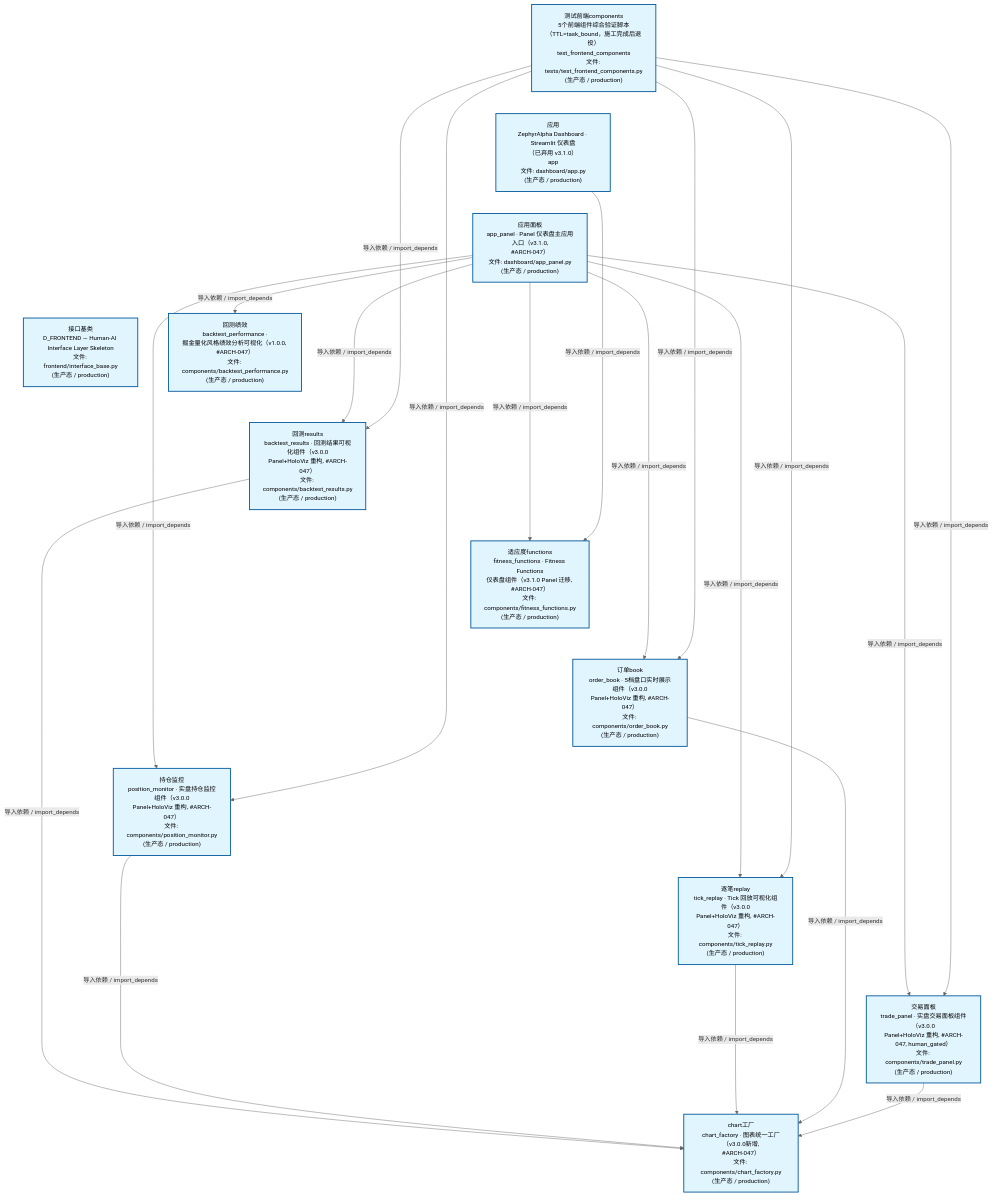
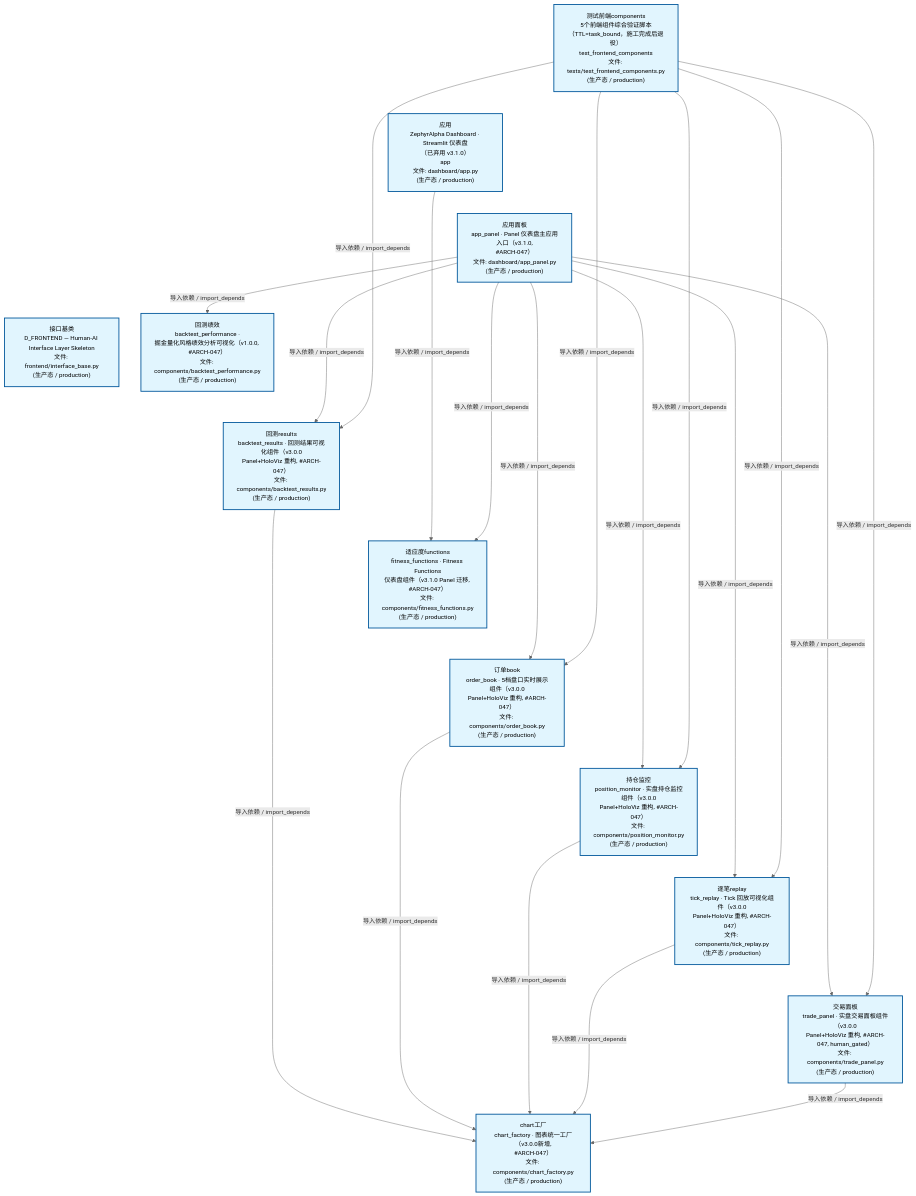
Before and after one commit to xuanFelixVan/ZephyrAlpha: the second of 4 diagrams in docs/02_enterprise_architecture/02_domain_architecture_docs/47_d_frontend.md, drawn with Mermaid. The commit also changed other lines of this file and 45 other files, not shown here.

````diff
--- a/docs/02_enterprise_architecture/02_domain_architecture_docs/47_d_frontend.md
+++ b/docs/02_enterprise_architecture/02_domain_architecture_docs/47_d_frontend.md
@@ -124,48 +124,48 @@
 ```mermaid
 %%{init: {'theme': 'base', 'themeVariables': {'primaryColor': '#eaeaea', 'primaryTextColor': '#333333', 'primaryBorderColor': '#666666', 'lineColor': '#666666', 'secondaryColor': '#eaeaea', 'tertiaryColor': '#eaeaea', 'fontSize': '14px'}}}%%
 flowchart TD
     scripts_tests_test_frontend_components_py["测试前端components<br/>5个前端组件综合验证脚本<br/>（TTL=task_bound，施工完成后退役）<br/>test_frontend_components<br/>文件: tests/test_frontend_components.py<br/>(生产态 / production)"]
     src_zephyr_frontend_dashboard_app_py["应用<br/>ZephyrAlpha Dashboard · Streamlit 仪表盘<br/>（已弃用 v3.1.0）<br/>app<br/>文件: dashboard/app.py<br/>(生产态 / production)"]
     src_zephyr_frontend_dashboard_app_panel_py["应用面板<br/>app_panel · Panel 仪表盘主应用入口（v3.1.0,<br/>#ARCH-047）<br/>文件: dashboard/app_panel.py<br/>(生产态 / production)"]
     src_zephyr_frontend_interface_base_py["接口基类<br/>D_FRONTEND — Human-AI Interface Layer Skeleton<br/>文件: frontend/interface_base.py<br/>(生产态 / production)"]
     scripts_tests_test_frontend_components_py ~~~ src_zephyr_frontend_dashboard_app_py
     src_zephyr_frontend_dashboard_app_py ~~~ src_zephyr_frontend_dashboard_app_panel_py
     src_zephyr_frontend_dashboard_app_panel_py ~~~ src_zephyr_frontend_interface_base_py
     src_zephyr_frontend_dashboard_components_backtest_performance_py["回测绩效<br/>backtest_performance ·<br/>掘金量化风格绩效分析可视化（v1.0.0, #ARCH-047）<br/>文件: components/backtest_performance.py<br/>(生产态 / production)"]
     src_zephyr_frontend_dashboard_components_backtest_results_py["回测results<br/>backtest_results · 回测结果可视化组件（v3.0.0<br/>Panel+HoloViz 重构, #ARCH-047）<br/>文件: components/backtest_results.py<br/>(生产态 / production)"]
     src_zephyr_frontend_dashboard_components_fitness_functions_py["适应度functions<br/>fitness_functions · Fitness Functions<br/>仪表盘组件（v3.1.0 Panel 迁移, #ARCH-047）<br/>文件: components/fitness_functions.py<br/>(生产态 / production)"]
     src_zephyr_frontend_dashboard_components_order_book_py["订单book<br/>order_book · 5档盘口实时展示组件（v3.0.0<br/>Panel+HoloViz 重构, #ARCH-047）<br/>文件: components/order_book.py<br/>(生产态 / production)"]
     src_zephyr_frontend_dashboard_components_position_monitor_py["持仓监控<br/>position_monitor · 实盘持仓监控组件（v3.0.0<br/>Panel+HoloViz 重构, #ARCH-047）<br/>文件: components/position_monitor.py<br/>(生产态 / production)"]
     src_zephyr_frontend_dashboard_components_tick_replay_py["逐笔replay<br/>tick_replay · Tick 回放可视化组件（v3.0.0<br/>Panel+HoloViz 重构, #ARCH-047）<br/>文件: components/tick_replay.py<br/>(生产态 / production)"]
     src_zephyr_frontend_dashboard_components_trade_panel_py["交易面板<br/>trade_panel · 实盘交易面板组件（v3.0.0<br/>Panel+HoloViz 重构, #ARCH-047, human_gated）<br/>文件: components/trade_panel.py<br/>(生产态 / production)"]
     src_zephyr_frontend_dashboard_components_backtest_performance_py ~~~ src_zephyr_frontend_dashboard_components_backtest_results_py
     src_zephyr_frontend_dashboard_components_backtest_results_py ~~~ src_zephyr_frontend_dashboard_components_fitness_functions_py
     src_zephyr_frontend_dashboard_components_fitness_functions_py ~~~ src_zephyr_frontend_dashboard_components_order_book_py
     src_zephyr_frontend_dashboard_components_order_book_py ~~~ src_zephyr_frontend_dashboard_components_position_monitor_py
     src_zephyr_frontend_dashboard_components_position_monitor_py ~~~ src_zephyr_frontend_dashboard_components_tick_replay_py
     src_zephyr_frontend_dashboard_components_tick_replay_py ~~~ src_zephyr_frontend_dashboard_components_trade_panel_py
     src_zephyr_frontend_dashboard_components_chart_factory_py["chart工厂<br/>chart_factory · 图表统一工厂（v3.0.0新增,<br/>#ARCH-047）<br/>文件: components/chart_factory.py<br/>(生产态 / production)"]
+    src_zephyr_frontend_dashboard_app_py -->|导入依赖 / import_depends| src_zephyr_frontend_dashboard_components_fitness_functions_py
+    src_zephyr_frontend_dashboard_components_backtest_results_py -->|导入依赖 / import_depends| src_zephyr_frontend_dashboard_components_chart_factory_py
     src_zephyr_frontend_dashboard_app_panel_py -->|导入依赖 / import_depends| src_zephyr_frontend_dashboard_components_backtest_performance_py
     src_zephyr_frontend_dashboard_app_panel_py -->|导入依赖 / import_depends| src_zephyr_frontend_dashboard_components_backtest_results_py
     src_zephyr_frontend_dashboard_app_panel_py -->|导入依赖 / import_depends| src_zephyr_frontend_dashboard_components_fitness_functions_py
+    src_zephyr_frontend_dashboard_app_panel_py -->|导入依赖 / import_depends| src_zephyr_frontend_dashboard_components_order_book_py
     src_zephyr_frontend_dashboard_app_panel_py -->|导入依赖 / import_depends| src_zephyr_frontend_dashboard_components_position_monitor_py
     src_zephyr_frontend_dashboard_app_panel_py -->|导入依赖 / import_depends| src_zephyr_frontend_dashboard_components_tick_replay_py
-    src_zephyr_frontend_dashboard_app_panel_py -->|导入依赖 / import_depends| src_zephyr_frontend_dashboard_components_order_book_py
     src_zephyr_frontend_dashboard_app_panel_py -->|导入依赖 / import_depends| src_zephyr_frontend_dashboard_components_trade_panel_py
-    src_zephyr_frontend_dashboard_components_backtest_results_py -->|导入依赖 / import_depends| src_zephyr_frontend_dashboard_components_chart_factory_py
-    src_zephyr_frontend_dashboard_app_py -->|导入依赖 / import_depends| src_zephyr_frontend_dashboard_components_fitness_functions_py
+    src_zephyr_frontend_dashboard_components_order_book_py -->|导入依赖 / import_depends| src_zephyr_frontend_dashboard_components_chart_factory_py
     src_zephyr_frontend_dashboard_components_position_monitor_py -->|导入依赖 / import_depends| src_zephyr_frontend_dashboard_components_chart_factory_py
     src_zephyr_frontend_dashboard_components_tick_replay_py -->|导入依赖 / import_depends| src_zephyr_frontend_dashboard_components_chart_factory_py
-    src_zephyr_frontend_dashboard_components_order_book_py -->|导入依赖 / import_depends| src_zephyr_frontend_dashboard_components_chart_factory_py
     src_zephyr_frontend_dashboard_components_trade_panel_py -->|导入依赖 / import_depends| src_zephyr_frontend_dashboard_components_chart_factory_py
     scripts_tests_test_frontend_components_py -->|导入依赖 / import_depends| src_zephyr_frontend_dashboard_components_backtest_results_py
+    scripts_tests_test_frontend_components_py -->|导入依赖 / import_depends| src_zephyr_frontend_dashboard_components_order_book_py
     scripts_tests_test_frontend_components_py -->|导入依赖 / import_depends| src_zephyr_frontend_dashboard_components_position_monitor_py
     scripts_tests_test_frontend_components_py -->|导入依赖 / import_depends| src_zephyr_frontend_dashboard_components_tick_replay_py
-    scripts_tests_test_frontend_components_py -->|导入依赖 / import_depends| src_zephyr_frontend_dashboard_components_order_book_py
     scripts_tests_test_frontend_components_py -->|导入依赖 / import_depends| src_zephyr_frontend_dashboard_components_trade_panel_py
     classDef production fill:#e1f5fe,stroke:#01579b,stroke-width:2px,color:#000
     classDef design fill:#fff3e0,stroke:#e65100,stroke-width:2px,color:#000,stroke-dasharray: 5 5
     classDef external_prod fill:#e8f4fd,stroke:#0277bd,stroke-width:1px,color:#000
     classDef external_design fill:#fff8e7,stroke:#ef6c00,stroke-width:1px,color:#000,stroke-dasharray: 5 5
     class scripts_tests_test_frontend_components_py,src_zephyr_frontend_dashboard_app_py,src_zephyr_frontend_dashboard_app_panel_py,src_zephyr_frontend_dashboard_components_backtest_performance_py,src_zephyr_frontend_dashboard_components_backtest_results_py,src_zephyr_frontend_dashboard_components_chart_factory_py,src_zephyr_frontend_dashboard_components_fitness_functions_py,src_zephyr_frontend_dashboard_components_order_book_py,src_zephyr_frontend_dashboard_components_position_monitor_py,src_zephyr_frontend_dashboard_components_tick_replay_py,src_zephyr_frontend_dashboard_components_trade_panel_py,src_zephyr_frontend_interface_base_py production
 ```
````
